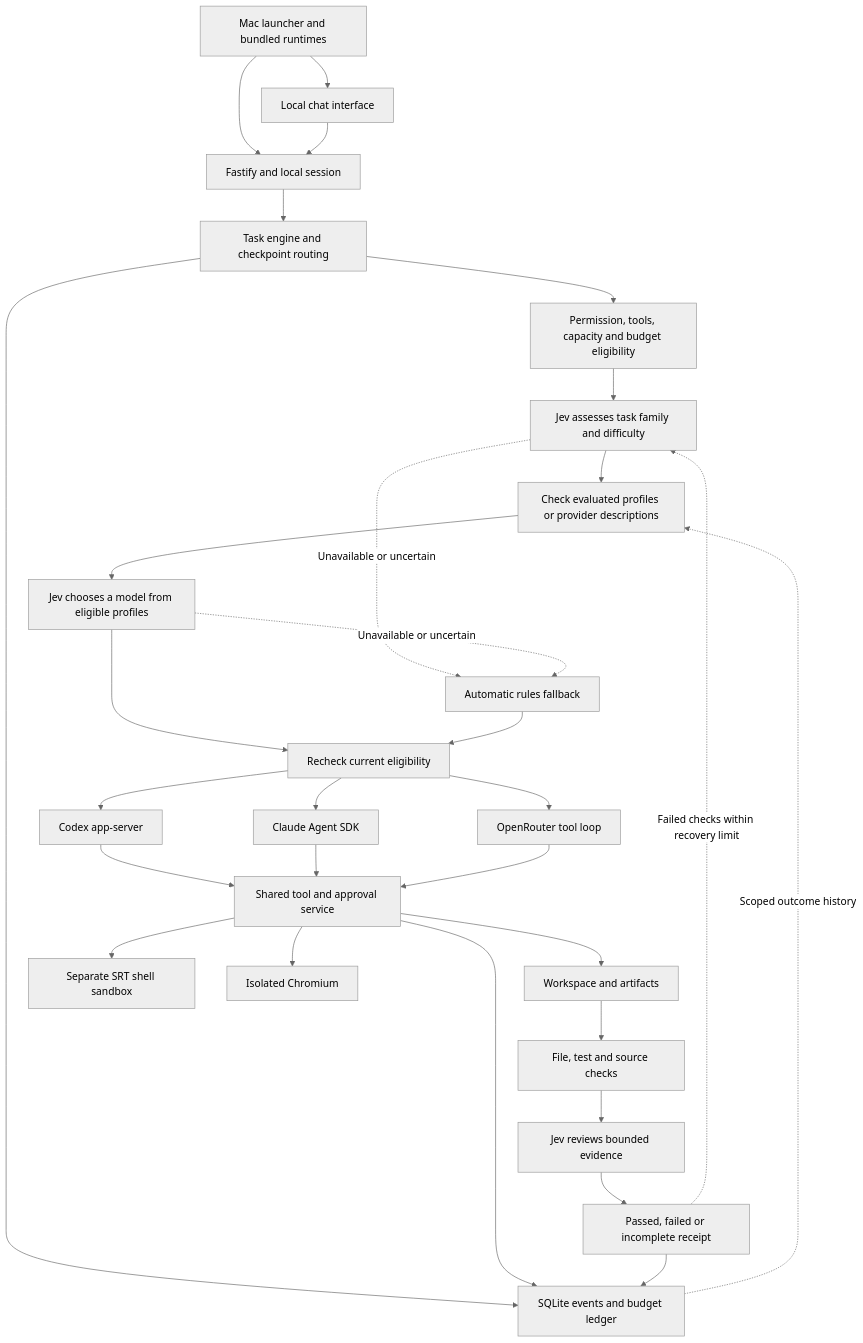
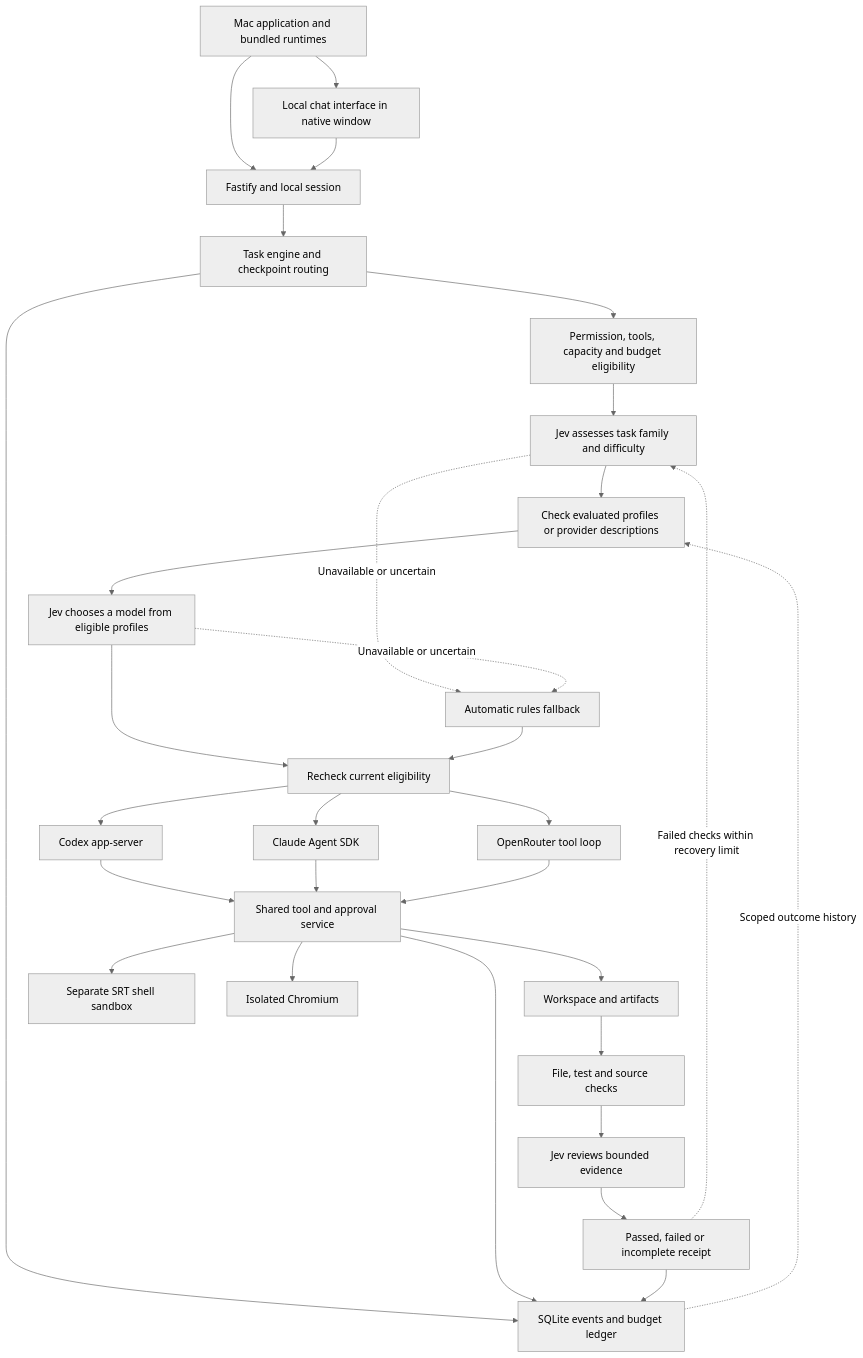
The diagram in docs/ARCHITECTURE.md (duke-autorouter/duke-autorouter), drawn with Mermaid (neutral theme) before and after one commit. The commit also changed other lines of this file and 34 other files, not shown here.

Commit message:
Add a native Mac window and simplify task setup

````diff
--- a/docs/ARCHITECTURE.md
+++ b/docs/ARCHITECTURE.md
@@ -11,32 +11,32 @@
 ```mermaid
 flowchart TD
-    App[Mac launcher and bundled runtimes] --> UI[Local chat interface]
+    App[Mac application and bundled runtimes] --> UI[Local chat interface in native window]
     App --> API[Fastify and local session]
     UI --> API
     API --> Engine[Task engine and checkpoint routing]
     Engine --> Eligible[Permission, tools, capacity and budget eligibility]
     Eligible --> Assessment[Jev assesses task family and difficulty]
     Assessment --> Qualified[Check evaluated profiles or provider descriptions]
     Qualified --> Select[Jev chooses a model from eligible profiles]
     Select --> Validate[Recheck current eligibility]
     Validate --> Codex[Codex app-server]
     Validate --> Claude[Claude Agent SDK]
     Validate --> OR[OpenRouter tool loop]
     Assessment -. Unavailable or uncertain .-> Rules[Automatic rules fallback]
     Select -. Unavailable or uncertain .-> Rules
     Rules --> Validate
     Codex --> Tools[Shared tool and approval service]
     Claude --> Tools
     OR --> Tools
     Tools --> Files[Workspace and artifacts]
     Tools --> Shell[Separate SRT shell sandbox]
     Tools --> Browser[Isolated Chromium]
     Engine --> DB[SQLite events and budget ledger]
     Tools --> DB
     Files --> Verify[File, test and source checks]
     Verify --> Review[Jev reviews bounded evidence]
     Review --> Outcome[Passed, failed or incomplete receipt]
     Outcome --> DB
     Outcome -. Failed checks within recovery limit .-> Assessment
     DB -. Scoped outcome history .-> Qualified
 ```
````
